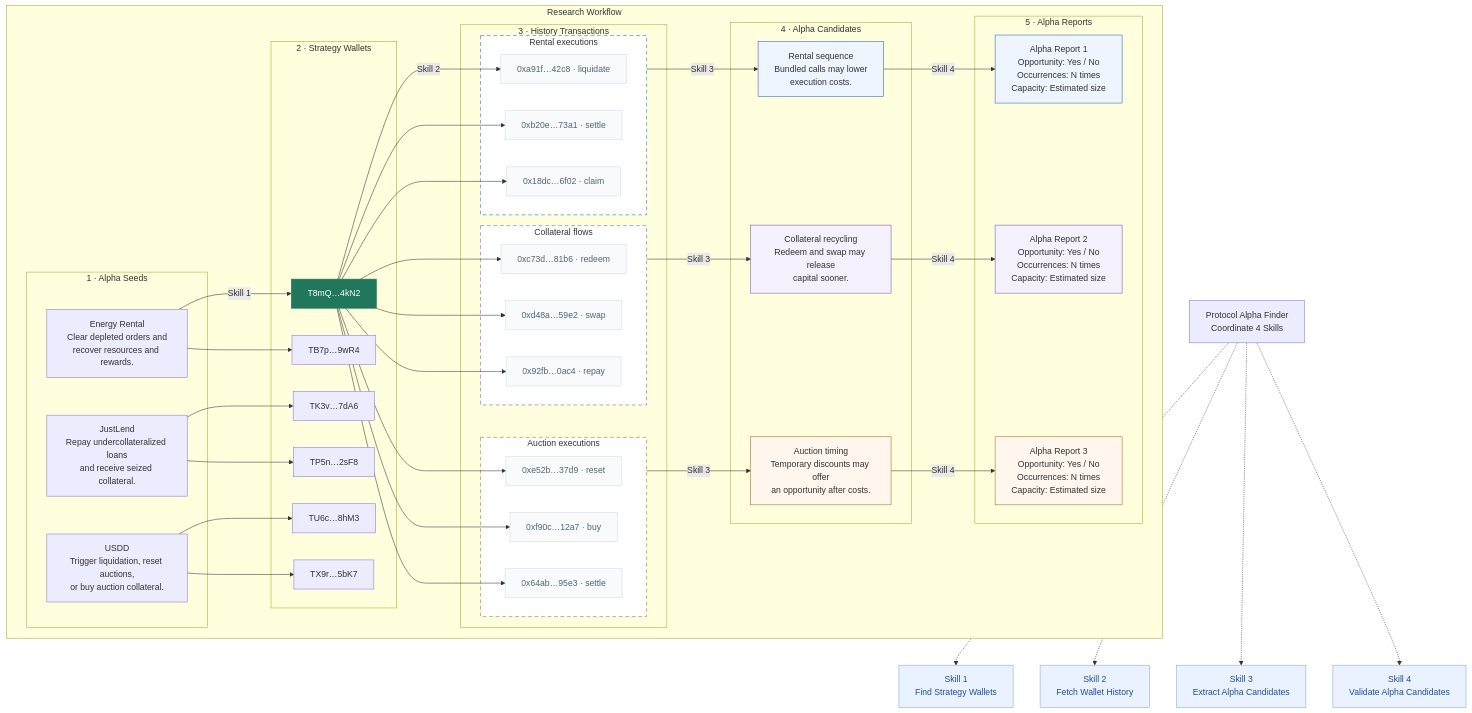
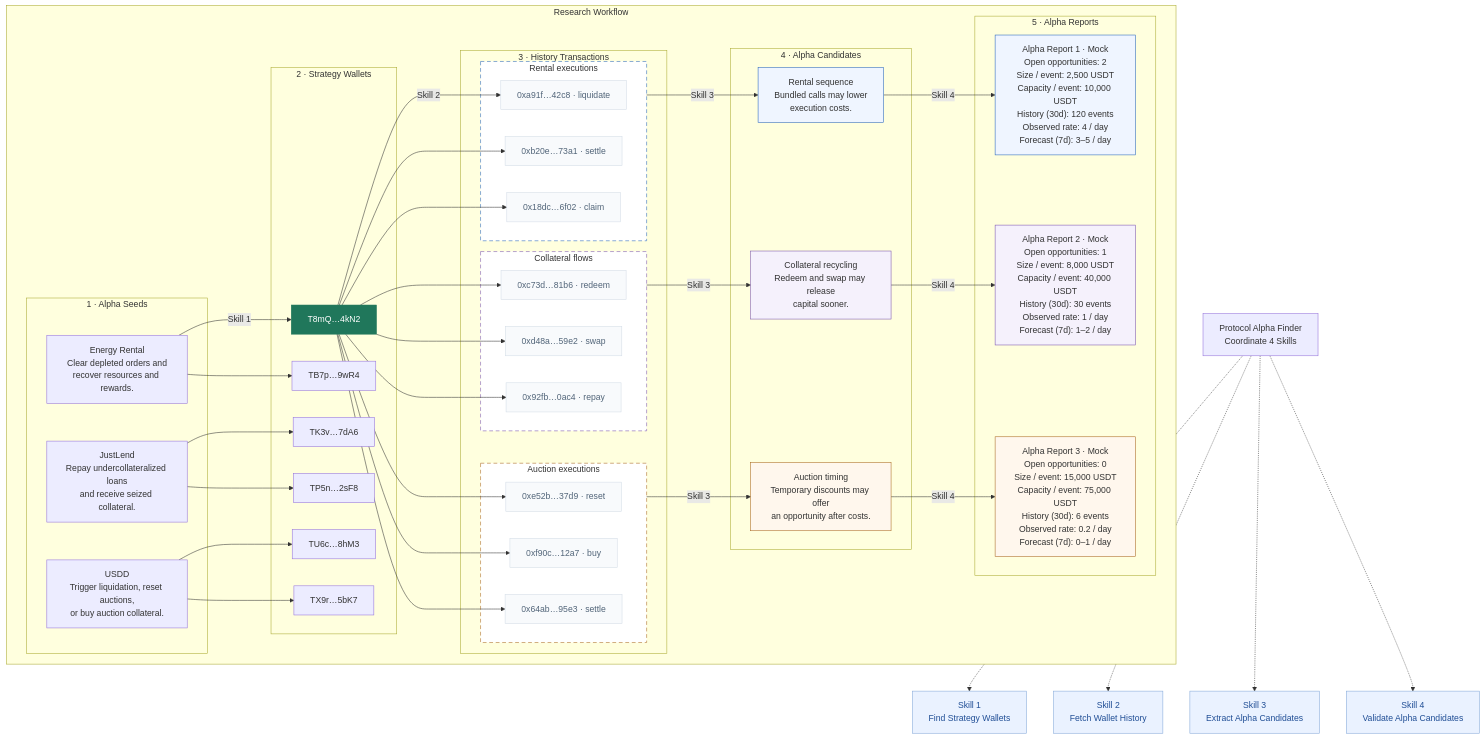
The diagram in docs/diagrams/system-architecture-en.mmd (qinyh10300/protocol-alpha-finder), drawn with Mermaid before and after one commit. The commit also changed 6 other files, not shown here.

Commit message:
Populate architecture report cards with labeled mock metrics

```diff
--- a/docs/diagrams/system-architecture-en.mmd
+++ b/docs/diagrams/system-architecture-en.mmd
@@ -1,98 +1,98 @@
 flowchart TB
     subgraph FLOW["Research Workflow"]
         direction LR
         subgraph SEEDS["1 · Alpha Seeds"]
             SEED0["Energy Rental<br/>Clear depleted orders and<br/>recover resources and rewards."]
             SEED1["JustLend<br/>Repay undercollateralized loans<br/>and receive seized collateral."]
             SEED2["USDD<br/>Trigger liquidation, reset auctions,<br/>or buy auction collateral."]
         end
         subgraph WALLETS["2 · Strategy Wallets"]
             WALLET0["T8mQ…4kN2"]
             WALLET1["TB7p…9wR4"]
             WALLET2["TK3v…7dA6"]
             WALLET3["TP5n…2sF8"]
             WALLET4["TU6c…8hM3"]
             WALLET5["TX9r…5bK7"]
         end
         subgraph HISTORYS["3 · History Transactions"]
             subgraph HISTORY0["Rental executions"]
                 TX00["0xa91f…42c8 · liquidate"]
                 TX01["0xb20e…73a1 · settle"]
                 TX02["0x18dc…6f02 · claim"]
             end
             subgraph HISTORY1["Collateral flows"]
                 TX10["0xc73d…81b6 · redeem"]
                 TX11["0xd48a…59e2 · swap"]
                 TX12["0x92fb…0ac4 · repay"]
             end
             subgraph HISTORY2["Auction executions"]
                 TX20["0xe52b…37d9 · reset"]
                 TX21["0xf90c…12a7 · buy"]
                 TX22["0x64ab…95e3 · settle"]
             end
         end
         subgraph CANDIDATES["4 · Alpha Candidates"]
             CANDIDATE0["Rental sequence<br/>Bundled calls may lower<br/>execution costs."]
             CANDIDATE1["Collateral recycling<br/>Redeem and swap may release<br/>capital sooner."]
             CANDIDATE2["Auction timing<br/>Temporary discounts may offer<br/>an opportunity after costs."]
         end
         subgraph REPORTS["5 · Alpha Reports"]
-            REPORT0["Alpha Report 1<br/>Opportunity: Yes / No<br/>Occurrences: N times<br/>Capacity: Estimated size"]
-            REPORT1["Alpha Report 2<br/>Opportunity: Yes / No<br/>Occurrences: N times<br/>Capacity: Estimated size"]
-            REPORT2["Alpha Report 3<br/>Opportunity: Yes / No<br/>Occurrences: N times<br/>Capacity: Estimated size"]
+            REPORT0["Alpha Report 1 · Mock<br/>Open opportunities: 2<br/>Size / event: 2,500 USDT<br/>Capacity / event: 10,000 USDT<br/>History (30d): 120 events<br/>Observed rate: 4 / day<br/>Forecast (7d): 3–5 / day"]
+            REPORT1["Alpha Report 2 · Mock<br/>Open opportunities: 1<br/>Size / event: 8,000 USDT<br/>Capacity / event: 40,000 USDT<br/>History (30d): 30 events<br/>Observed rate: 1 / day<br/>Forecast (7d): 1–2 / day"]
+            REPORT2["Alpha Report 3 · Mock<br/>Open opportunities: 0<br/>Size / event: 15,000 USDT<br/>Capacity / event: 75,000 USDT<br/>History (30d): 6 events<br/>Observed rate: 0.2 / day<br/>Forecast (7d): 0–1 / day"]
         end
         SEED0 -->|Skill 1| WALLET0
         SEED0 --> WALLET1
         SEED1 --> WALLET2
         SEED1 --> WALLET3
         SEED2 --> WALLET4
         SEED2 --> WALLET5
         WALLET0 -->|Skill 2| TX00
         WALLET0 --> TX01
         WALLET0 --> TX02
         WALLET0 --> TX10
         WALLET0 --> TX11
         WALLET0 --> TX12
         WALLET0 --> TX20
         WALLET0 --> TX21
         WALLET0 --> TX22
         HISTORY0 -->|Skill 3| CANDIDATE0
         HISTORY1 -->|Skill 3| CANDIDATE1
         HISTORY2 -->|Skill 3| CANDIDATE2
         CANDIDATE0 -->|Skill 4| REPORT0
         CANDIDATE1 -->|Skill 4| REPORT1
         CANDIDATE2 -->|Skill 4| REPORT2
     end
     S1["Skill 1<br/>Find Strategy Wallets"]
     S2["Skill 2<br/>Fetch Wallet History"]
     S3["Skill 3<br/>Extract Alpha Candidates"]
     S4["Skill 4<br/>Validate Alpha Candidates"]
     COORD["Protocol Alpha Finder<br/>Coordinate 4 Skills"]
     COORD -.-> S1
     COORD -.-> S2
     COORD -.-> S3
     COORD -.-> S4
     style WALLET0 fill:#20775b,stroke:#20775b,color:#ffffff
     style S1 fill:#eaf2ff,stroke:#83a8d8,color:#214f96
     style S2 fill:#eaf2ff,stroke:#83a8d8,color:#214f96
     style S3 fill:#eaf2ff,stroke:#83a8d8,color:#214f96
     style S4 fill:#eaf2ff,stroke:#83a8d8,color:#214f96
     style HISTORY0 fill:#ffffff,stroke:#2563b8,stroke-dasharray:7 5
     style CANDIDATE0 fill:#eff5ff,stroke:#2563b8
     style REPORT0 fill:#eff5ff,stroke:#2563b8
     style TX00 fill:#f8fafc,stroke:#d3dce6,color:#526579
     style TX01 fill:#f8fafc,stroke:#d3dce6,color:#526579
     style TX02 fill:#f8fafc,stroke:#d3dce6,color:#526579
     style HISTORY1 fill:#ffffff,stroke:#7953ad,stroke-dasharray:7 5
     style CANDIDATE1 fill:#f5f1fc,stroke:#7953ad
     style REPORT1 fill:#f5f1fc,stroke:#7953ad
     style TX10 fill:#f8fafc,stroke:#d3dce6,color:#526579
     style TX11 fill:#f8fafc,stroke:#d3dce6,color:#526579
     style TX12 fill:#f8fafc,stroke:#d3dce6,color:#526579
     style HISTORY2 fill:#ffffff,stroke:#a8661e,stroke-dasharray:7 5
     style CANDIDATE2 fill:#fff7ed,stroke:#a8661e
     style REPORT2 fill:#fff7ed,stroke:#a8661e
     style TX20 fill:#f8fafc,stroke:#d3dce6,color:#526579
     style TX21 fill:#f8fafc,stroke:#d3dce6,color:#526579
     style TX22 fill:#f8fafc,stroke:#d3dce6,color:#526579
-    %% Illustrative addresses, transactions, and report contents. Skill 2 fetches the selected wallet's transaction history; three dashed evidence groups support three candidate hypotheses. Skill 4 validates each candidate to produce its own Alpha Report. Protocol Alpha Finder coordinates four operations. Collection and review are initiated manually, with historical coverage recorded explicitly.
+    %% Illustrative addresses, transactions, and report contents. Skill 2 fetches the selected wallet's transaction history; three dashed evidence groups support three candidate hypotheses. Skill 4 validates each candidate to produce its own Alpha Report. Protocol Alpha Finder coordinates four operations. Collection and review are initiated manually, with historical coverage recorded explicitly. Mock metrics only · Size = typical capital per event; capacity = maximum capital per event. Forecasts illustrate the next 7 days.
```
